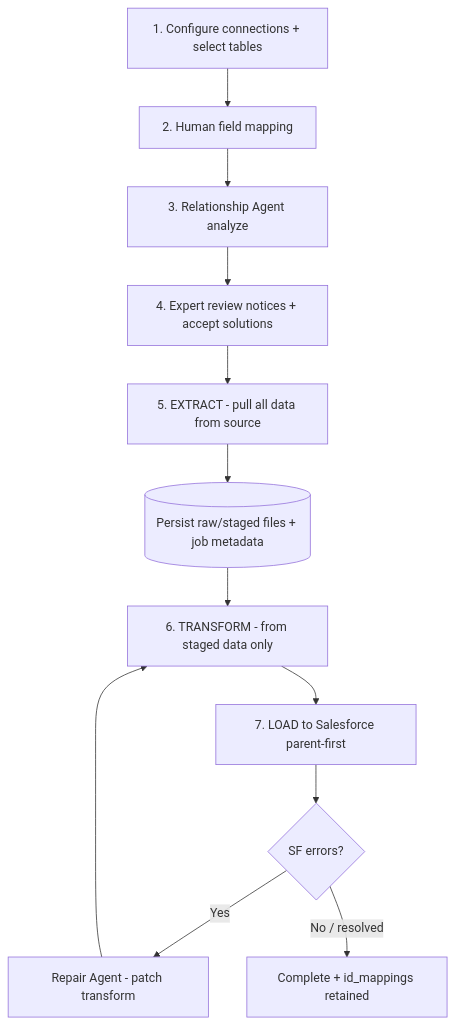
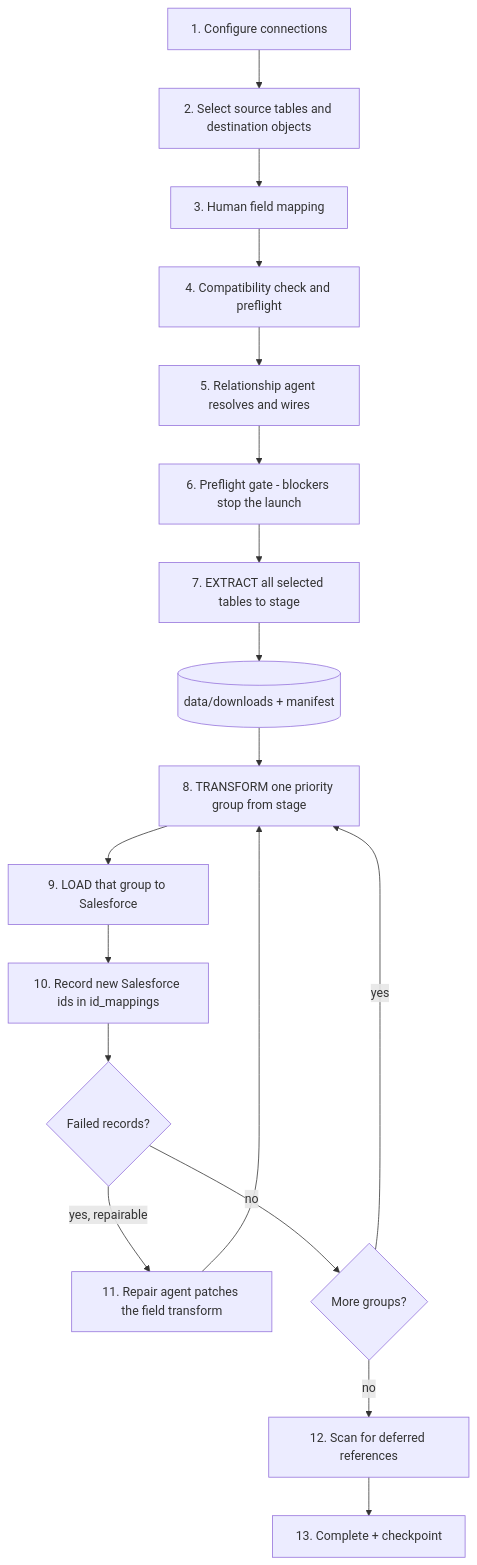
One commit to shahid-rawther/SF-Data-Migration-LLM changed the second of 10 diagrams in docs/ARCHITECTURE.md. Above: the diagram before and after it, drawn with Mermaid. The commit also changed other lines of this file and 76 other files, not shown here.

````diff
--- a/docs/ARCHITECTURE.md
+++ b/docs/ARCHITECTURE.md
@@ -61,14 +65,20 @@
 ```mermaid
 flowchart TD
-  A[1. Configure connections + select tables] --> B[2. Human field mapping]
-  B --> C[3. Relationship Agent analyze]
-  C --> D[4. Expert review notices + accept solutions]
-  D --> E[5. EXTRACT - pull all data from source]
-  E --> F[(Persist raw/staged files + job metadata)]
-  F --> G[6. TRANSFORM - from staged data only]
-  G --> H[7. LOAD to Salesforce parent-first]
-  H --> I{SF errors?}
-  I -->|Yes| J[Repair Agent - patch transform]
-  J --> G
-  I -->|No / resolved| K[Complete + id_mappings retained]
+  A[1. Configure connections] --> B[2. Select source tables and destination objects]
+  B --> C[3. Human field mapping]
+  C --> D[4. Compatibility check and preflight]
+  D --> E[5. Relationship agent resolves and wires]
+  E --> F[6. Preflight gate - blockers stop the launch]
+  F --> G[7. EXTRACT all selected tables to stage]
+  G --> H[(data/downloads + manifest)]
+  H --> I[8. TRANSFORM one priority group from stage]
+  I --> J[9. LOAD that group to Salesforce]
+  J --> K[10. Record new Salesforce ids in id_mappings]
+  K --> L{Failed records?}
+  L -->|yes, repairable| M[11. Repair agent patches the field transform]
+  M --> I
+  L -->|no| N{More groups?}
+  N -->|yes| I
+  N -->|no| O[12. Scan for deferred references]
+  O --> P[13. Complete + checkpoint]
 ```
````
